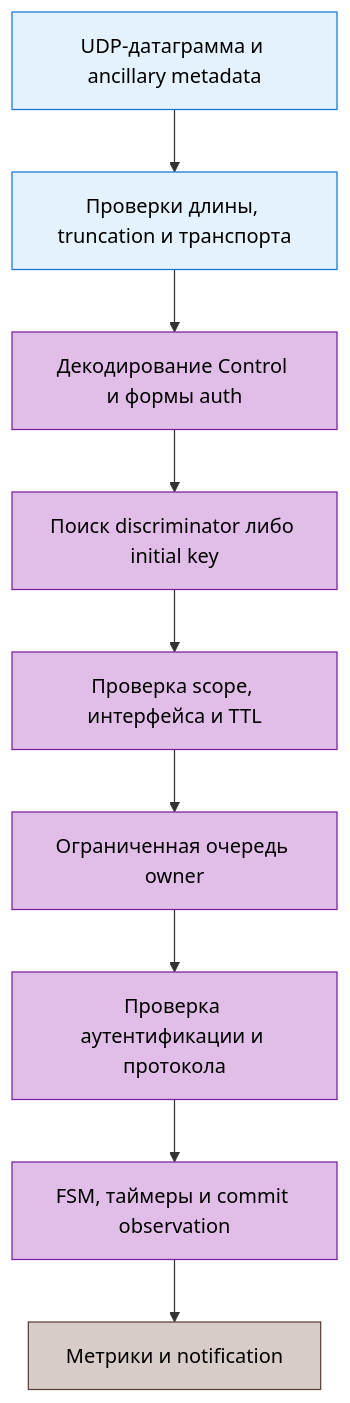
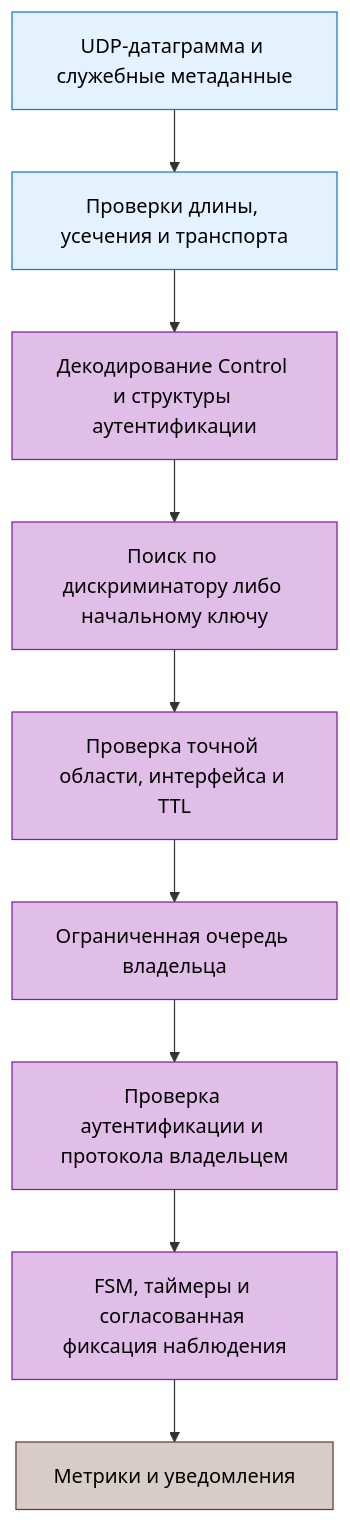
The second of 3 diagrams in docs/ru/01-architecture.md (dantte-lp/gobfd), drawn with Mermaid before and after one commit. The commit also changed other lines of this file and 52 other files, not shown here.

````diff
--- a/docs/ru/01-architecture.md
+++ b/docs/ru/01-architecture.md
@@ -49,14 +49,14 @@
 ```mermaid
 flowchart TD
-    socket["UDP-датаграмма и ancillary metadata"]:::leaf --> transport["Проверки длины, truncation и транспорта"]:::leaf
-    transport --> codec["Декодирование Control и формы auth"]:::srv
-    codec --> scope["Поиск discriminator либо initial key"]:::srv
-    scope --> gate["Проверка scope, интерфейса и TTL"]:::srv
-    gate --> queue["Ограниченная очередь owner"]:::srv
-    queue --> validate["Проверка аутентификации и протокола"]:::srv
-    validate --> commit["FSM, таймеры и commit observation"]:::srv
-    commit --> notify["Метрики и notification"]:::mgt
+    socket["UDP-датаграмма и служебные метаданные"]:::leaf --> transport["Проверки длины, усечения и транспорта"]:::leaf
+    transport --> codec["Декодирование Control и структуры аутентификации"]:::srv
+    codec --> scope["Поиск по дискриминатору либо начальному ключу"]:::srv
+    scope --> gate["Проверка точной области, интерфейса и TTL"]:::srv
+    gate --> queue["Ограниченная очередь владельца"]:::srv
+    queue --> validate["Проверка аутентификации и протокола владельцем"]:::srv
+    validate --> commit["FSM, таймеры и согласованная фиксация наблюдения"]:::srv
+    commit --> notify["Метрики и уведомления"]:::mgt
     classDef srv fill:#e1bee7,stroke:#7b1fa2,color:#000
     classDef mgt fill:#d7ccc8,stroke:#5d4037,color:#000
     classDef leaf fill:#e3f2fd,stroke:#1976d2,color:#000
 ```
````
